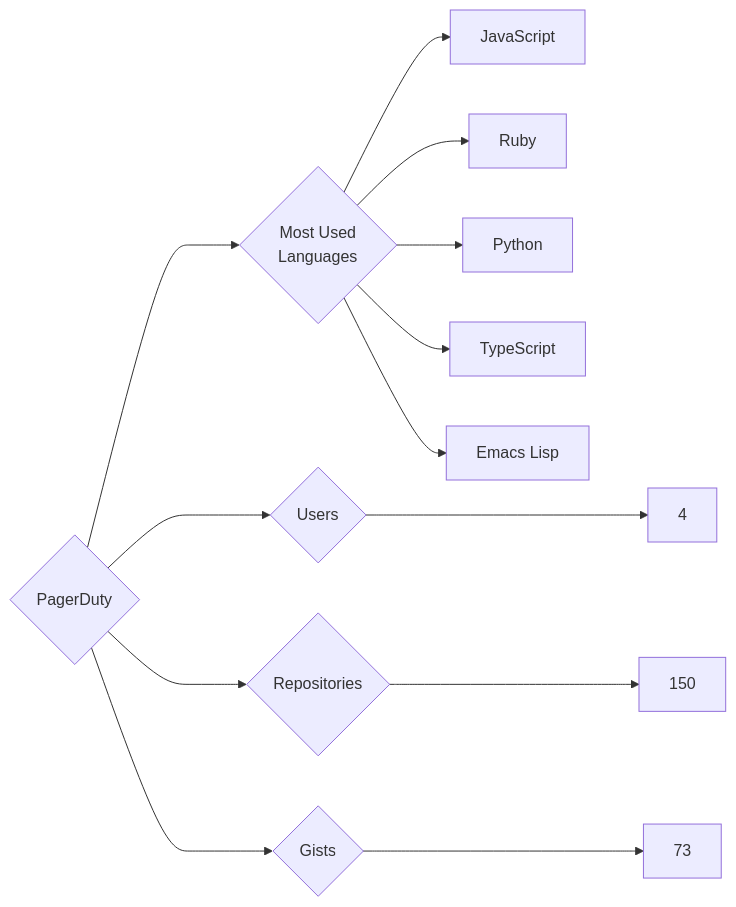
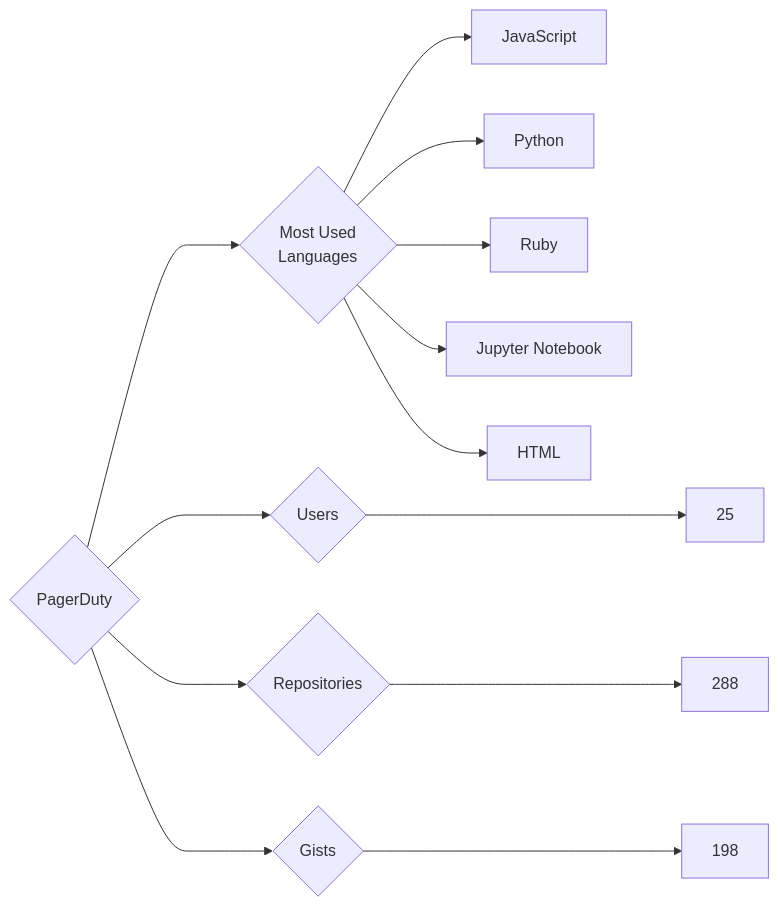
One commit to trickest/insiders changed the diagram in targets/PagerDuty/README.md. Above: the diagram before and after it, drawn with Mermaid. The commit also changed 748 other files, not shown here.

````diff
--- a/targets/PagerDuty/README.md
+++ b/targets/PagerDuty/README.md
@@ -3,13 +3,13 @@
 ```mermaid
 graph LR
 COMPANY_NAME{PagerDuty}
-COMPANY_NAME ---> U{Users} ---> UN[4]
-COMPANY_NAME ---> R{Repositories} ---> RN[150]
-COMPANY_NAME ---> G{Gists} ---> GN[73]
+COMPANY_NAME ---> U{Users} ---> UN[25]
+COMPANY_NAME ---> R{Repositories} ---> RN[288]
+COMPANY_NAME ---> G{Gists} ---> GN[198]
 COMPANY_NAME ---> ML{Most Used<br>Languages}
 ML --> JavaScript[JavaScript]
+ML --> Python[Python]
 ML --> Ruby[Ruby]
-ML --> Python[Python]
-ML --> TypeScript[TypeScript]
-ML --> Emacs_Lisp[Emacs Lisp]
+ML --> Jupyter_Notebook[Jupyter Notebook]
+ML --> HTML[HTML]
 ```
````
